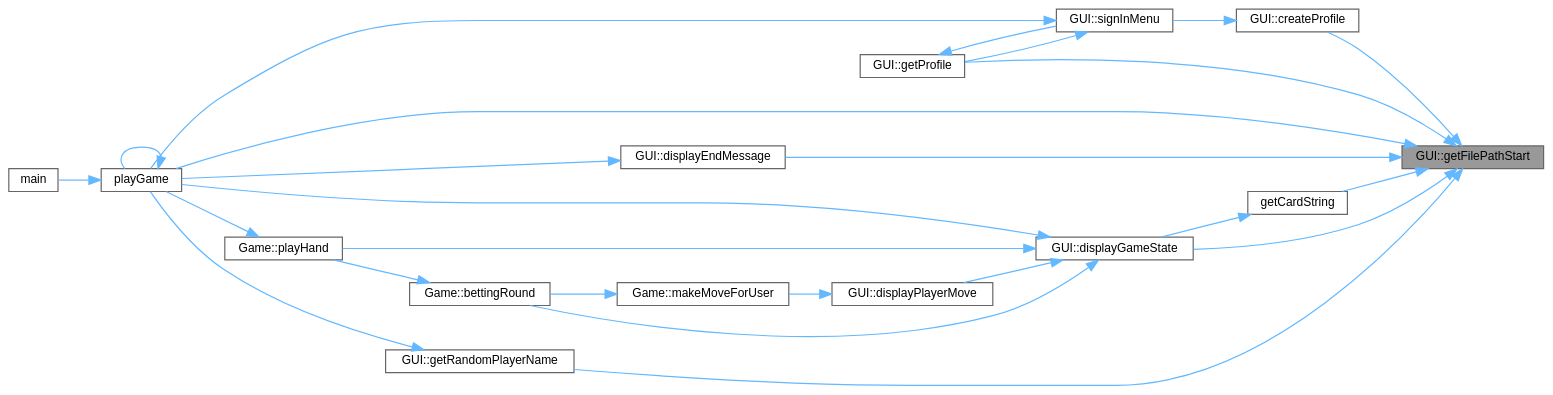
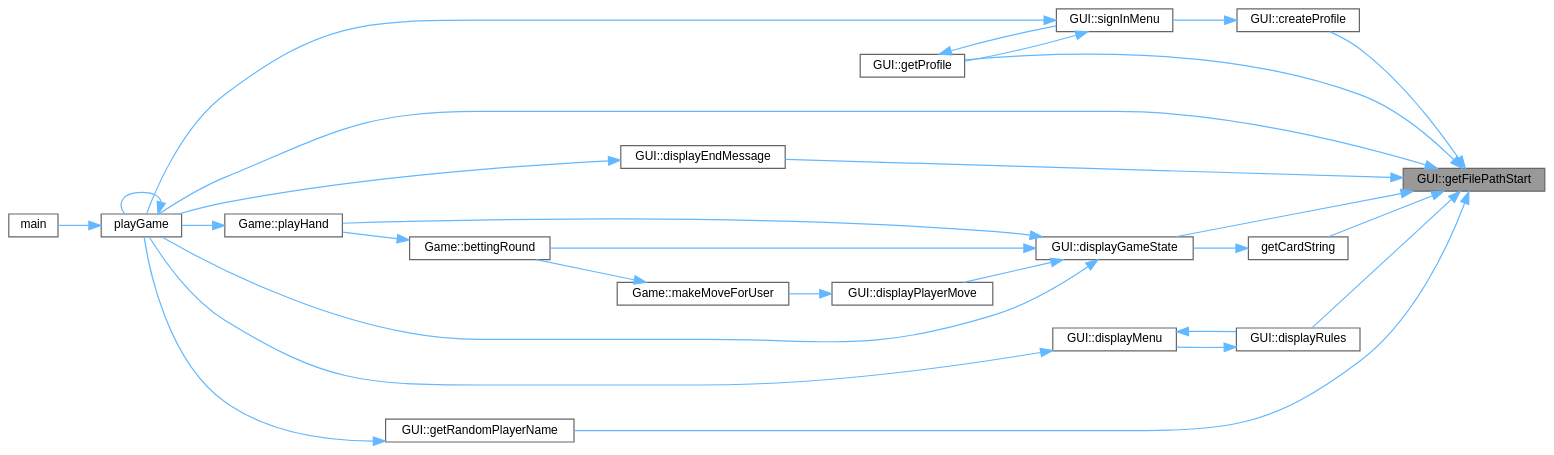
One commit to jesstyrrell/cosc345 changed the diagram in class_g_u_i_a1b505eb7d9252e68a4c5fa341673f1c2_icgraph.dot. Above: the diagram before and after it, drawn with Graphviz. The commit also changed 144 other files, not shown here.

```diff
--- a/class_g_u_i_a1b505eb7d9252e68a4c5fa341673f1c2_icgraph.dot
+++ b/class_g_u_i_a1b505eb7d9252e68a4c5fa341673f1c2_icgraph.dot
@@ -1,47 +1,53 @@
 digraph "GUI::getFilePathStart"
 {
  // INTERACTIVE_SVG=YES
  // LATEX_PDF_SIZE
   bgcolor="transparent";
   edge [fontname=Helvetica,fontsize=10,labelfontname=Helvetica,labelfontsize=10];
   node [fontname=Helvetica,fontsize=10,shape=box,height=0.2,width=0.4];
   rankdir="RL";
   Node1 [id="Node000001",label="GUI::getFilePathStart",height=0.2,width=0.4,color="gray40", fillcolor="grey60", style="filled", fontcolor="black",tooltip=" "];
   Node1 -> Node2 [id="edge1_Node000001_Node000002",dir="back",color="steelblue1",style="solid",tooltip=" "];
   Node2 [id="Node000002",label="GUI::createProfile",height=0.2,width=0.4,color="grey40", fillcolor="white", style="filled",URL="$class_g_u_i.html#a9e9d37ed78911ad4b67c1d7fa1c77767",tooltip="Creates a new player profile."];
   Node2 -> Node3 [id="edge2_Node000002_Node000003",dir="back",color="steelblue1",style="solid",tooltip=" "];
   Node3 [id="Node000003",label="GUI::signInMenu",height=0.2,width=0.4,color="grey40", fillcolor="white", style="filled",URL="$class_g_u_i.html#acb96e4bfa59c6929e70a33c8c45f795b",tooltip="Prompts the user to sign in."];
   Node3 -> Node4 [id="edge3_Node000003_Node000004",dir="back",color="steelblue1",style="solid",tooltip=" "];
   Node4 [id="Node000004",label="GUI::getProfile",height=0.2,width=0.4,color="grey40", fillcolor="white", style="filled",URL="$class_g_u_i.html#a00b431f2af4b04eff9dd33d987d0d772",tooltip="Gets the profile of a player from the ./data/profiles.csv file."];
   Node4 -> Node3 [id="edge4_Node000004_Node000003",dir="back",color="steelblue1",style="solid",tooltip=" "];
   Node3 -> Node5 [id="edge5_Node000003_Node000005",dir="back",color="steelblue1",style="solid",tooltip=" "];
   Node5 [id="Node000005",label="playGame",height=0.2,width=0.4,color="grey40", fillcolor="white", style="filled",URL="$main_8cpp.html#a4cbfdb17bf51e00546880626f7e80429",tooltip=" "];
   Node5 -> Node6 [id="edge6_Node000005_Node000006",dir="back",color="steelblue1",style="solid",tooltip=" "];
   Node6 [id="Node000006",label="main",height=0.2,width=0.4,color="grey40", fillcolor="white", style="filled",URL="$main_8cpp.html#a0ddf1224851353fc92bfbff6f499fa97",tooltip=" "];
   Node5 -> Node5 [id="edge7_Node000005_Node000005",dir="back",color="steelblue1",style="solid",tooltip=" "];
   Node1 -> Node7 [id="edge8_Node000001_Node000007",dir="back",color="steelblue1",style="solid",tooltip=" "];
   Node7 [id="Node000007",label="GUI::displayEndMessage",height=0.2,width=0.4,color="grey40", fillcolor="white", style="filled",URL="$class_g_u_i.html#a663dad721796a4f367c2534e1901fc97",tooltip="Displays the end message when the game is over."];
   Node7 -> Node5 [id="edge9_Node000007_Node000005",dir="back",color="steelblue1",style="solid",tooltip=" "];
   Node1 -> Node8 [id="edge10_Node000001_Node000008",dir="back",color="steelblue1",style="solid",tooltip=" "];
   Node8 [id="Node000008",label="GUI::displayGameState",height=0.2,width=0.4,color="grey40", fillcolor="white", style="filled",URL="$class_g_u_i.html#a8f55dae107a6648458f6eb16608c66d2",tooltip="Displays the current state of the game."];
   Node8 -> Node9 [id="edge11_Node000008_Node000009",dir="back",color="steelblue1",style="solid",tooltip=" "];
   Node9 [id="Node000009",label="Game::bettingRound",height=0.2,width=0.4,color="grey40", fillcolor="white", style="filled",URL="$class_game.html#a0de5cbe2125b0929a0bc8d2e6cdd64d5",tooltip="Conducts a betting round."];
   Node9 -> Node10 [id="edge12_Node000009_Node000010",dir="back",color="steelblue1",style="solid",tooltip=" "];
   Node10 [id="Node000010",label="Game::playHand",height=0.2,width=0.4,color="grey40", fillcolor="white", style="filled",URL="$class_game.html#a800a564b56220d19d800fba07903070e",tooltip="Plays a single hand of poker."];
   Node10 -> Node5 [id="edge13_Node000010_Node000005",dir="back",color="steelblue1",style="solid",tooltip=" "];
   Node8 -> Node11 [id="edge14_Node000008_Node000011",dir="back",color="steelblue1",style="solid",tooltip=" "];
   Node11 [id="Node000011",label="GUI::displayPlayerMove",height=0.2,width=0.4,color="grey40", fillcolor="white", style="filled",URL="$class_g_u_i.html#a65d07a686330670f5567a3fc11fbace1",tooltip="Displays a player's move."];
   Node11 -> Node12 [id="edge15_Node000011_Node000012",dir="back",color="steelblue1",style="solid",tooltip=" "];
   Node12 [id="Node000012",label="Game::makeMoveForUser",height=0.2,width=0.4,color="grey40", fillcolor="white", style="filled",URL="$class_game.html#a1a44850a64799e17f43f22b560275157",tooltip="Processes a move made by the user."];
   Node12 -> Node9 [id="edge16_Node000012_Node000009",dir="back",color="steelblue1",style="solid",tooltip=" "];
   Node8 -> Node5 [id="edge17_Node000008_Node000005",dir="back",color="steelblue1",style="solid",tooltip=" "];
   Node8 -> Node10 [id="edge18_Node000008_Node000010",dir="back",color="steelblue1",style="solid",tooltip=" "];
   Node1 -> Node13 [id="edge19_Node000001_Node000013",dir="back",color="steelblue1",style="solid",tooltip=" "];
-  Node13 [id="Node000013",label="getCardString",height=0.2,width=0.4,color="grey40", fillcolor="white", style="filled",URL="$_g_u_i_8cpp.html#a36b6f63142ee7d9e884ef846d5dd1a05",tooltip=" "];
-  Node13 -> Node8 [id="edge20_Node000013_Node000008",dir="back",color="steelblue1",style="solid",tooltip=" "];
-  Node1 -> Node4 [id="edge21_Node000001_Node000004",dir="back",color="steelblue1",style="solid",tooltip=" "];
-  Node1 -> Node14 [id="edge22_Node000001_Node000014",dir="back",color="steelblue1",style="solid",tooltip=" "];
-  Node14 [id="Node000014",label="GUI::getRandomPlayerName",height=0.2,width=0.4,color="grey40", fillcolor="white", style="filled",URL="$class_g_u_i.html#aec4f6946605953f5ad6a0d9899e75853",tooltip="Generate a random name for a player."];
-  Node14 -> Node5 [id="edge23_Node000014_Node000005",dir="back",color="steelblue1",style="solid",tooltip=" "];
-  Node1 -> Node5 [id="edge24_Node000001_Node000005",dir="back",color="steelblue1",style="solid",tooltip=" "];
+  Node13 [id="Node000013",label="GUI::displayRules",height=0.2,width=0.4,color="grey40", fillcolor="white", style="filled",URL="$class_g_u_i.html#aa89e71ae5dec1f83fefbc36147f2ae8d",tooltip=" "];
+  Node13 -> Node14 [id="edge20_Node000013_Node000014",dir="back",color="steelblue1",style="solid",tooltip=" "];
+  Node14 [id="Node000014",label="GUI::displayMenu",height=0.2,width=0.4,color="grey40", fillcolor="white", style="filled",URL="$class_g_u_i.html#a48d92746fefe3c11de167dcddc22346f",tooltip="Displays the main menu of the game."];
+  Node14 -> Node13 [id="edge21_Node000014_Node000013",dir="back",color="steelblue1",style="solid",tooltip=" "];
+  Node14 -> Node5 [id="edge22_Node000014_Node000005",dir="back",color="steelblue1",style="solid",tooltip=" "];
+  Node1 -> Node15 [id="edge23_Node000001_Node000015",dir="back",color="steelblue1",style="solid",tooltip=" "];
+  Node15 [id="Node000015",label="getCardString",height=0.2,width=0.4,color="grey40", fillcolor="white", style="filled",URL="$_g_u_i_8cpp.html#a36b6f63142ee7d9e884ef846d5dd1a05",tooltip=" "];
+  Node15 -> Node8 [id="edge24_Node000015_Node000008",dir="back",color="steelblue1",style="solid",tooltip=" "];
+  Node1 -> Node4 [id="edge25_Node000001_Node000004",dir="back",color="steelblue1",style="solid",tooltip=" "];
+  Node1 -> Node16 [id="edge26_Node000001_Node000016",dir="back",color="steelblue1",style="solid",tooltip=" "];
+  Node16 [id="Node000016",label="GUI::getRandomPlayerName",height=0.2,width=0.4,color="grey40", fillcolor="white", style="filled",URL="$class_g_u_i.html#aec4f6946605953f5ad6a0d9899e75853",tooltip="Generate a random name for a player."];
+  Node16 -> Node5 [id="edge27_Node000016_Node000005",dir="back",color="steelblue1",style="solid",tooltip=" "];
+  Node1 -> Node5 [id="edge28_Node000001_Node000005",dir="back",color="steelblue1",style="solid",tooltip=" "];
 }
```
